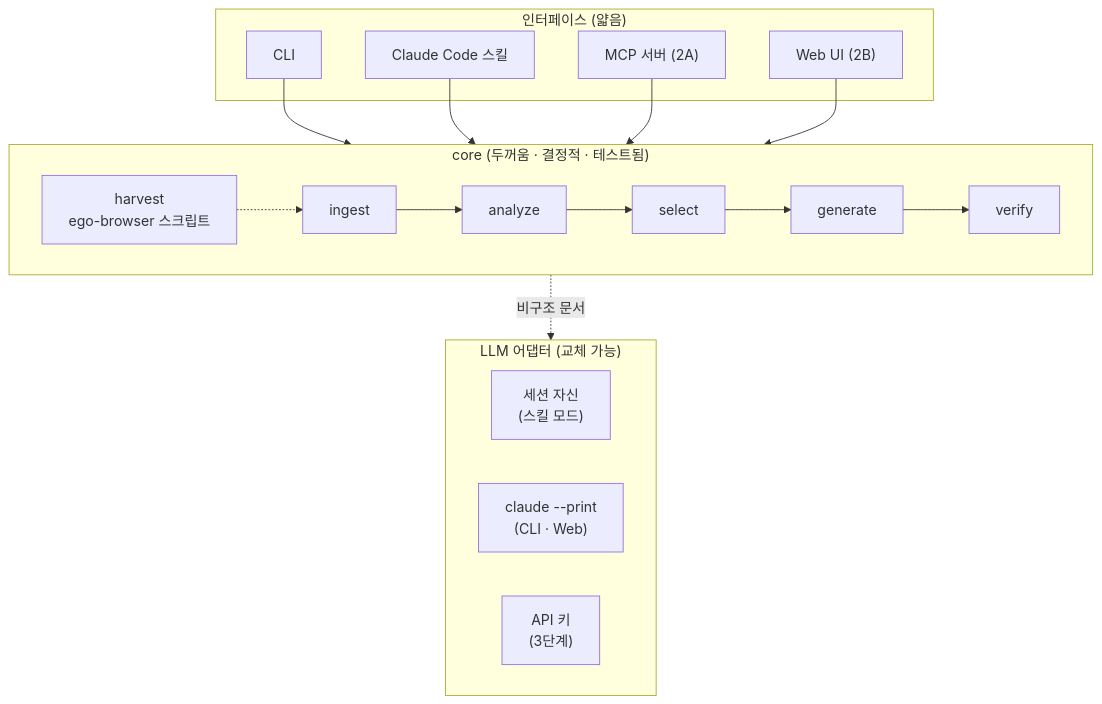
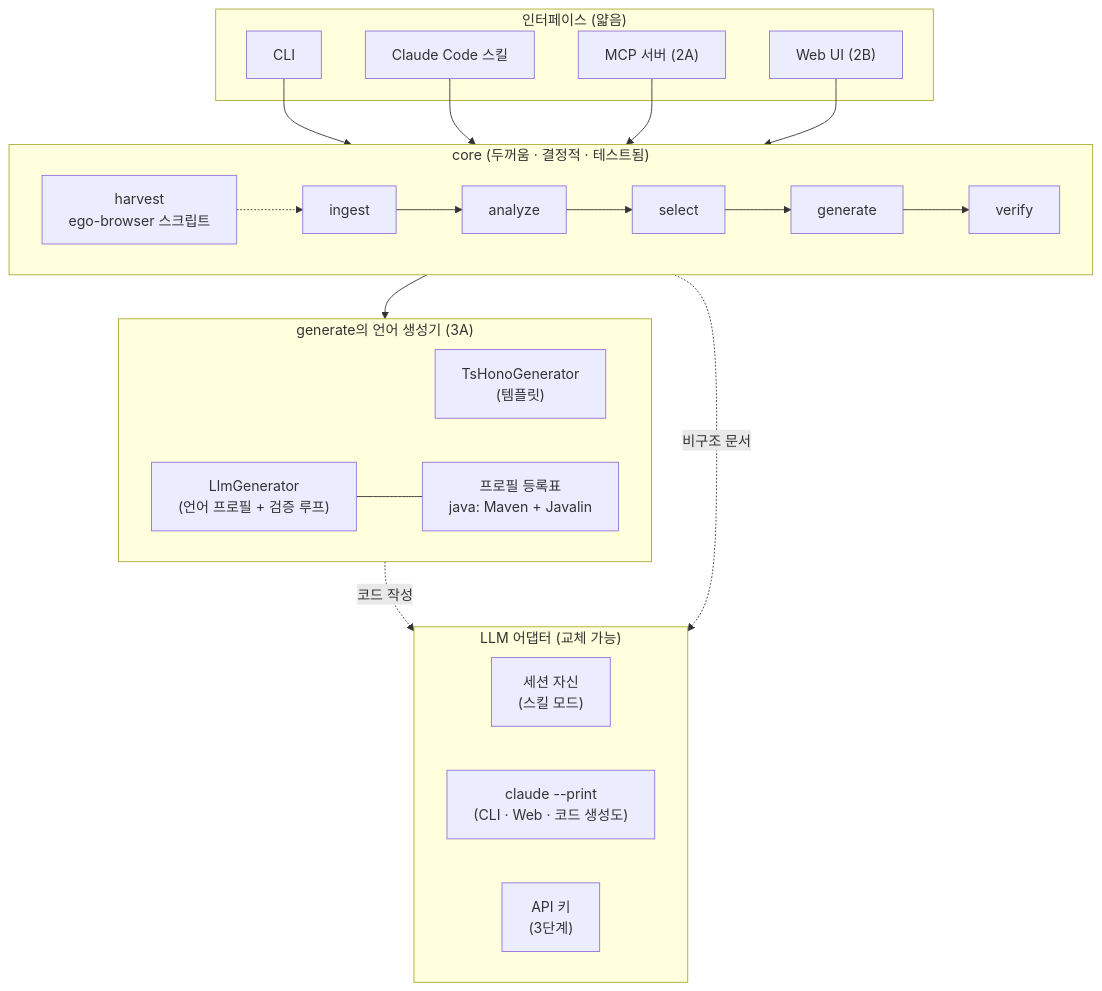
The second of 10 diagrams in docs/architecture.md (geonhos/specmock), drawn with Mermaid before and after one commit. The commit also changed other lines of this file and 4 other files, not shown here.

````diff
--- a/docs/architecture.md
+++ b/docs/architecture.md
@@ -22,24 +22,34 @@
 ```mermaid
 flowchart TB
     subgraph 인터페이스["인터페이스 (얇음)"]
         CLI[CLI]
         SKILL[Claude Code 스킬]
         MCP["MCP 서버 (2A)"]
         WEB["Web UI (2B)"]
     end
 
     subgraph CORE["core (두꺼움 · 결정적 · 테스트됨)"]
         direction LR
         ING[ingest] --> ANA[analyze] --> SELM[select] --> GENM[generate] --> VER[verify]
         HARV[harvest<br/>ego-browser 스크립트] -.-> ING
     end
 
+    subgraph GENL["generate의 언어 생성기 (3A)"]
+        direction LR
+        TSG["TsHonoGenerator<br/>(템플릿)"]
+        LLMG["LlmGenerator<br/>(언어 프로필 + 검증 루프)"]
+        PROF["프로필 등록표<br/>java: Maven + Javalin"]
+        LLMG --- PROF
+    end
+
     subgraph LLM["LLM 어댑터 (교체 가능)"]
         A1["세션 자신<br/>(스킬 모드)"]
-        A2["claude --print<br/>(CLI · Web)"]
+        A2["claude --print<br/>(CLI · Web · 코드 생성도)"]
         A3["API 키<br/>(3단계)"]
     end
 
     CLI & SKILL & MCP & WEB --> CORE
     ANA -.비구조 문서.-> LLM
+    GENM --> GENL
+    LLMG -.코드 작성.-> LLM
 ```
````
